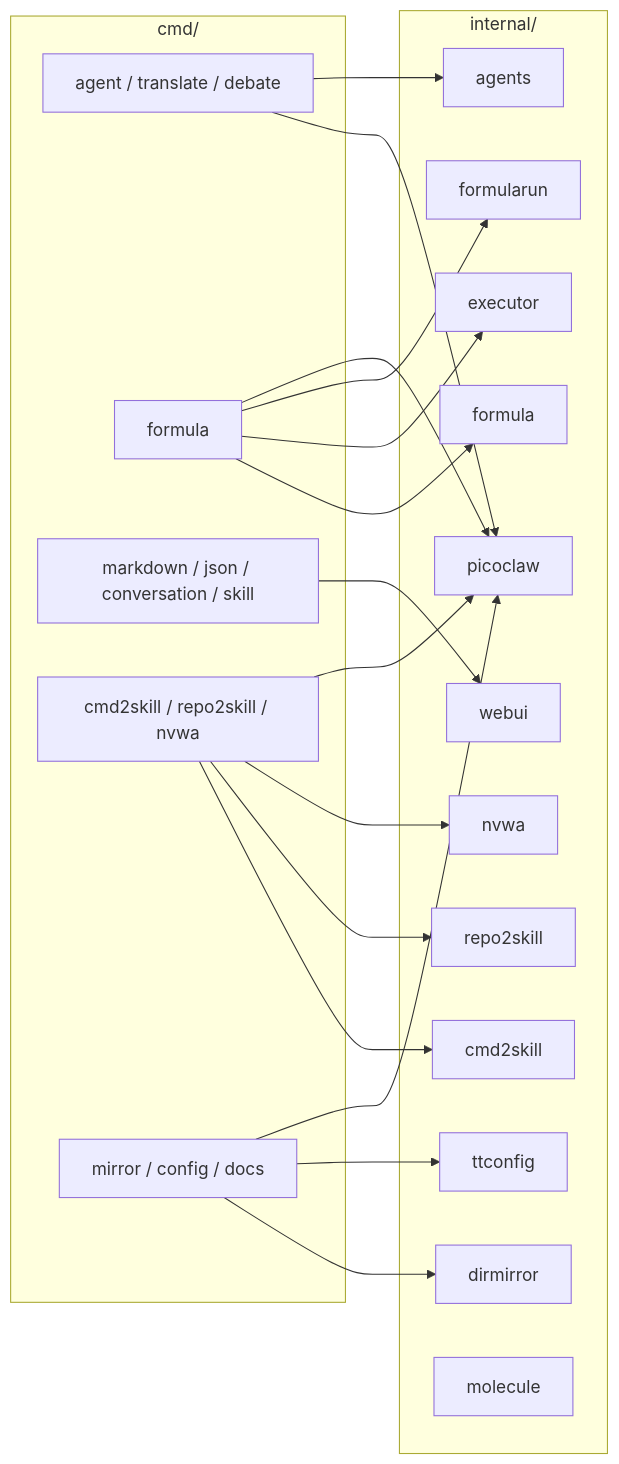
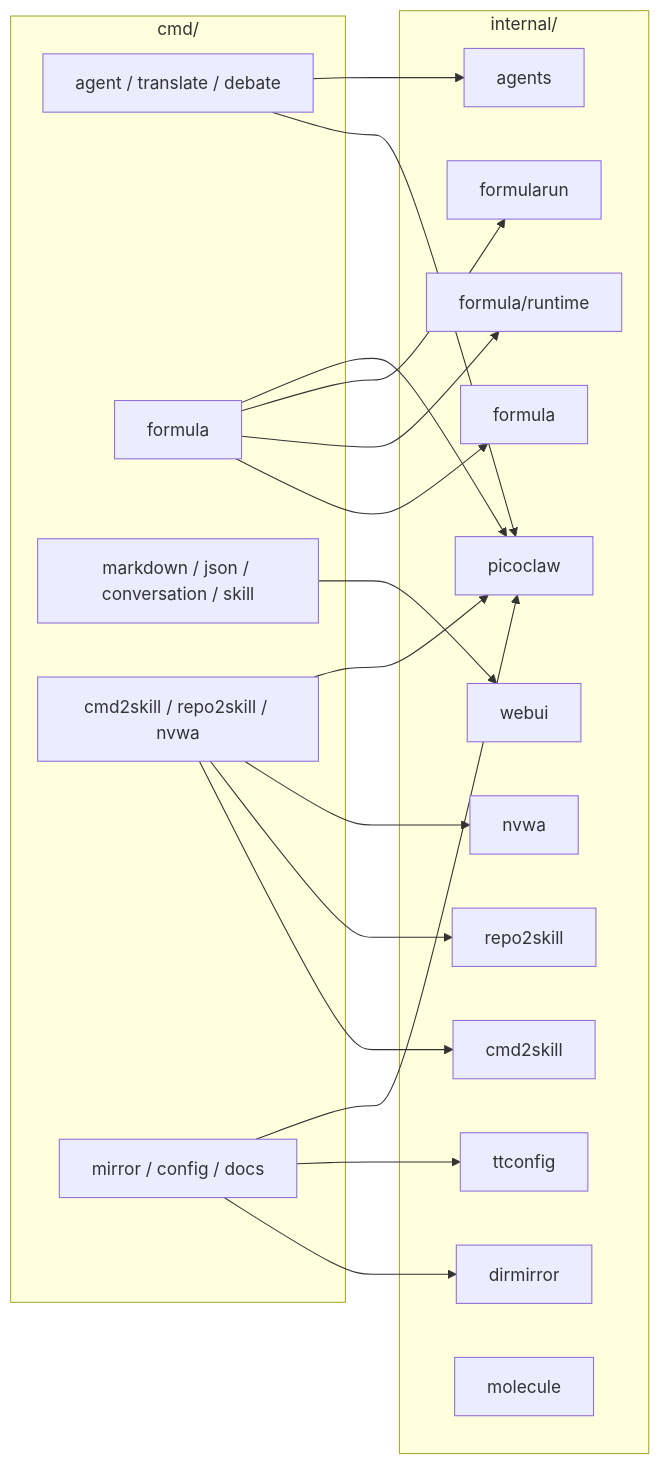
Before and after one commit to sjzsdu/tt: the first of 2 diagrams in ai-docs/module-map.md, drawn with Mermaid. The commit also changed other lines of this file and 5 other files, not shown here.

Commit message:
docs(formula): update typed runtime architecture

````diff
--- a/ai-docs/module-map.md
+++ b/ai-docs/module-map.md
@@ -14,40 +14,40 @@
 ```mermaid
 flowchart LR
     subgraph CMD[cmd/]
         C1[agent / translate / debate]
         C2[formula]
         C3[markdown / json / conversation / skill]
         C4[cmd2skill / repo2skill / nvwa]
         C5[mirror / config / docs]
     end
 
     subgraph INT[internal/]
         I1[picoclaw]
         I2[agents]
         I3[formula]
-        I4[executor]
+        I4[formula/runtime]
         I5[formularun]
         I6[webui]
         I7[cmd2skill]
         I8[repo2skill]
         I9[nvwa]
         I10[dirmirror]
         I11[ttconfig]
         I12[molecule]
     end
 
     C1 --> I1
     C1 --> I2
     C2 --> I3
     C2 --> I4
     C2 --> I5
     C2 --> I1
     C3 --> I6
     C4 --> I7
     C4 --> I8
     C4 --> I9
     C4 --> I1
     C5 --> I10
     C5 --> I11
     C5 --> I1
 ```
````
